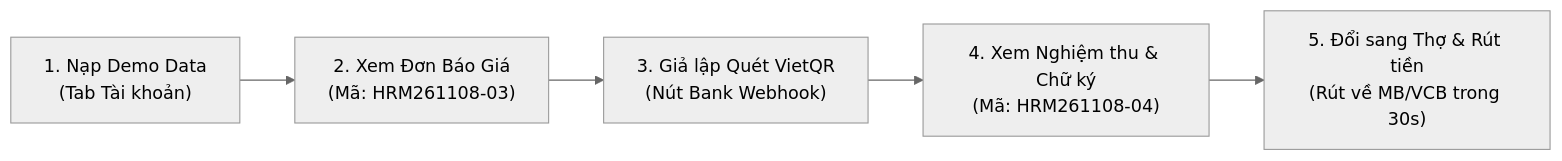
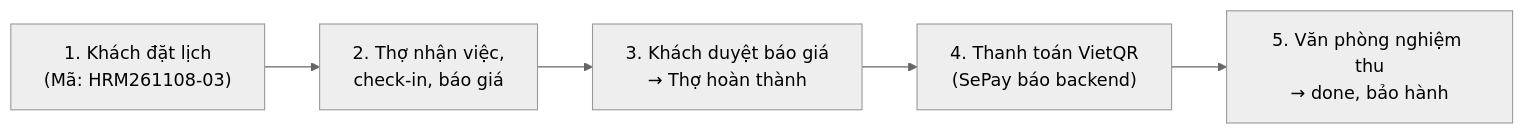
Before and after one commit to nguyenngoclinh07032003/appmobile: the diagram in BAO_CAO_THUYET_TRINH_DO_AN.md, drawn with Mermaid (neutral theme). The commit also changed other lines of this file and 49 other files, not shown here.

````diff
--- a/BAO_CAO_THUYET_TRINH_DO_AN.md
+++ b/BAO_CAO_THUYET_TRINH_DO_AN.md
@@ -37,7 +50,7 @@
 ```mermaid
 flowchart LR
-    Step1["1. Nạp Demo Data\n(Tab Tài khoản)"] --> Step2["2. Xem Đơn Báo Giá\n(Mã: HRM261108-03)"]
-    Step2 --> Step3["3. Giả lập Quét VietQR\n(Nút Bank Webhook)"]
-    Step3 --> Step4["4. Xem Nghiệm thu & Chữ ký\n(Mã: HRM261108-04)"]
-    Step4 --> Step5["5. Đổi sang Thợ & Rút tiền\n(Rút về MB/VCB trong 30s)"]
+    Step1["1. Khách đặt lịch\n(Mã: HRM261108-03)"] --> Step2["2. Thợ nhận việc,\ncheck-in, báo giá"]
+    Step2 --> Step3["3. Khách duyệt báo giá\n→ Thợ hoàn thành"]
+    Step3 --> Step4["4. Thanh toán VietQR\n(SePay báo backend)"]
+    Step4 --> Step5["5. Văn phòng nghiệm thu\n→ done, bảo hành"]
 ```
````
